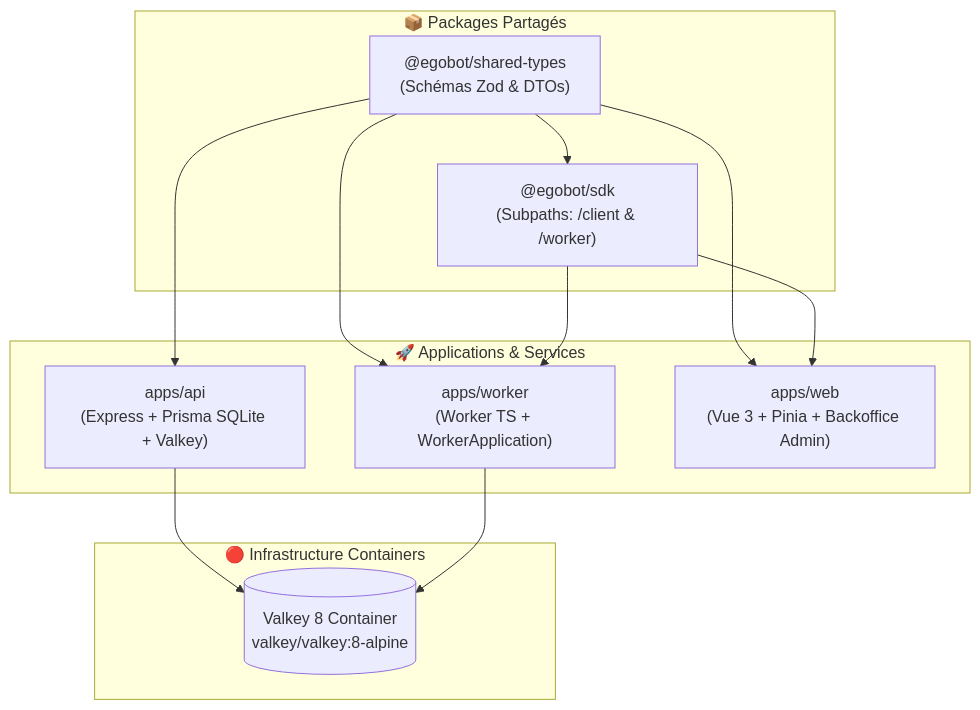
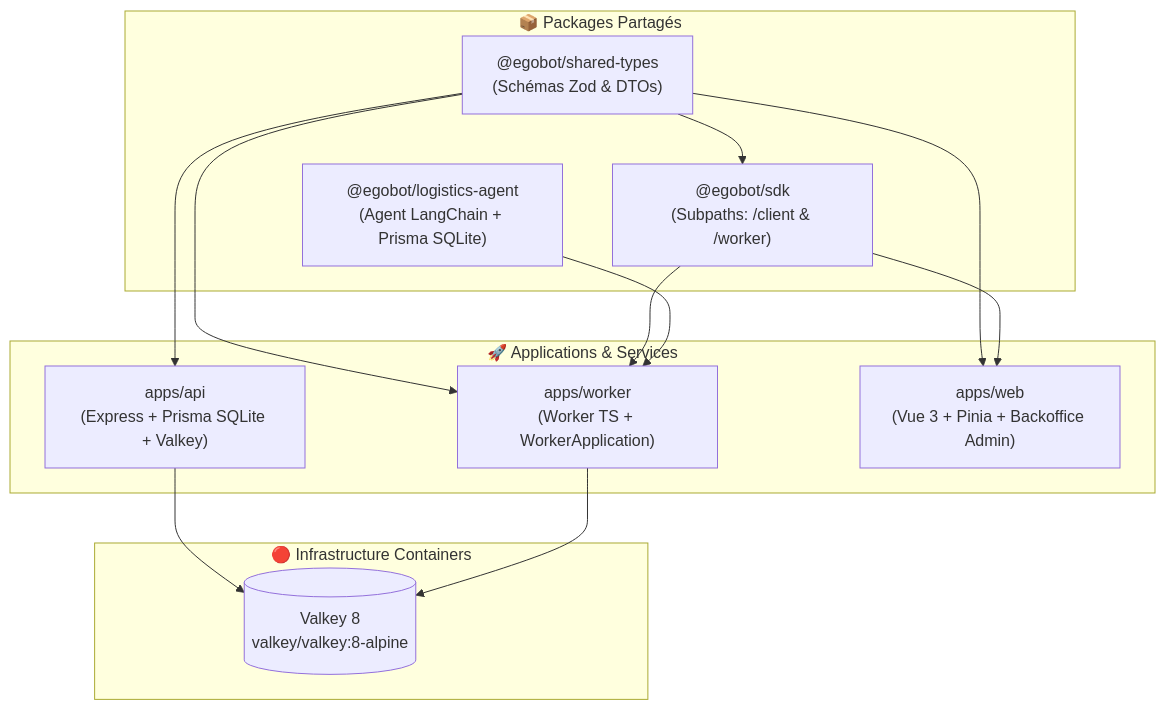
The diagram in README.md (Q300Z/EgoBot), drawn with Mermaid before and after one commit. The commit also changed other lines of this file and 6 other files, not shown here.

First line of the commit message:
fix(logistics-agent): régénérer la migration SQLite et corriger temperature Azure

````diff
--- a/README.md
+++ b/README.md
@@ -9,28 +9,30 @@
 ```mermaid
 graph TD
     subgraph Packages ["📦 Packages Partagés"]
         ST["@egobot/shared-types<br/>(Schémas Zod & DTOs)"]
         SDK["@egobot/sdk<br/>(Subpaths: /client & /worker)"]
+        LOGI["@egobot/logistics-agent<br/>(Agent LangChain + Prisma SQLite)"]
     end
 
     subgraph Apps ["🚀 Applications & Services"]
         API["apps/api<br/>(Express + Prisma SQLite + Valkey)"]
         WORKER["apps/worker<br/>(Worker TS + WorkerApplication)"]
         WEB["apps/web<br/>(Vue 3 + Pinia + Backoffice Admin)"]
     end
 
     subgraph Infra ["🔴 Infrastructure Containers"]
-        VALKEY[("Valkey 8 Container<br/>valkey/valkey:8-alpine")]
+        VALKEY[("Valkey 8<br/>valkey/valkey:8-alpine")]
     end
 
     ST --> SDK
     ST --> API
     ST --> WORKER
     ST --> WEB
 
     SDK --> WEB
     SDK --> WORKER
+    LOGI --> WORKER
 
     API --> VALKEY
     WORKER --> VALKEY
 ```
````
